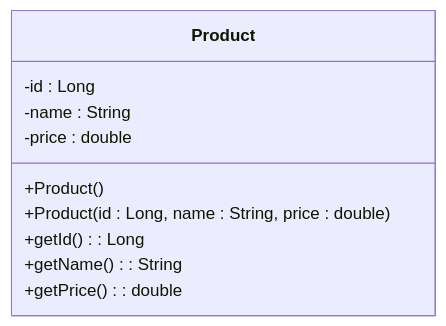
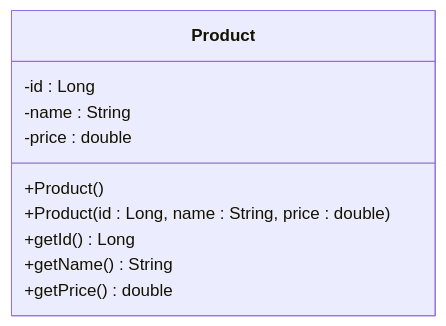
Before and after one commit to sujitbhatt00/products-api: the diagram in docs/uml/Product.md, drawn with Mermaid. The commit also changed 1 other file, not shown here.

Commit message:
Tutorial 2: fix double colon in UML methods

````diff
--- a/docs/uml/Product.md
+++ b/docs/uml/Product.md
@@ -1,13 +1,13 @@
 ```mermaid
 classDiagram
     class Product {
         -id : Long
         -name : String
         -price : double
         +Product()
         +Product(id : Long, name : String, price : double)
-        +getId() : Long
-        +getName() : String
-        +getPrice() : double
+        +getId() Long
+        +getName() String
+        +getPrice() double
     }
 ```
````
